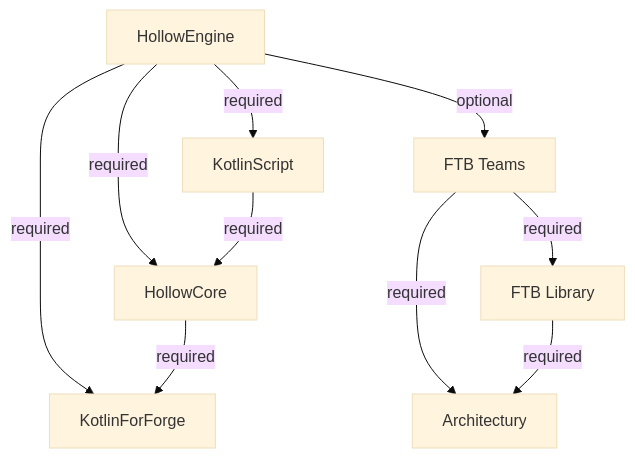
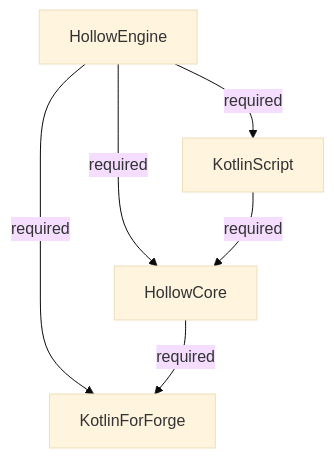
The diagram in docs/hollowengine/2-begin/1-requirement.mdx (0mods/docsweb), drawn with Mermaid (base theme) before and after one commit. The commit also changed other lines of this file and 26 other files, not shown here.

Commit message:
removing ftb teams

````diff
--- a/docs/hollowengine/2-begin/1-requirement.mdx
+++ b/docs/hollowengine/2-begin/1-requirement.mdx
@@ -9,18 +9,12 @@
 ```mermaid
 graph TD;
   HE[HollowEngine]; HC[HollowCore]; KFF[KotlinForForge]; KS[KotlinScript];
-  FTBT[FTB Teams]; FTBL[FTB Library]; Arc[Architectury];
   
   HE-->|required|KS;
   HE-->|required|KFF;
   HE-->|required|HC;
-  HE-->|optional|FTBT;
 
   KS-->|required|HC;
 
   HC-->|required|KFF;
-
-  FTBT-->|required|FTBL;
-  FTBT-->|required|Arc;
-  FTBL-->|required|Arc;
 ```
````
